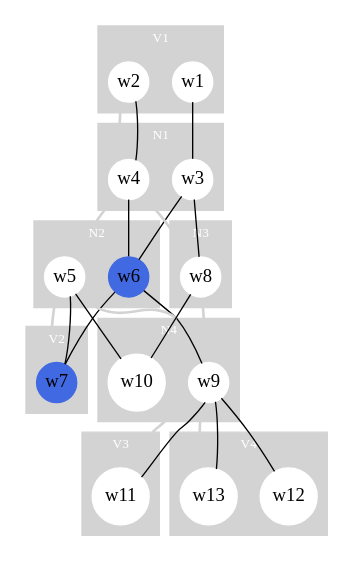
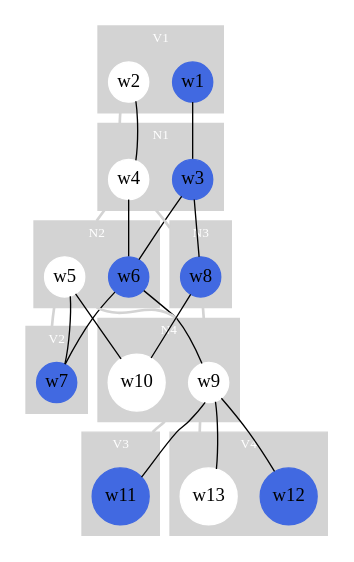
One commit to repairvision/repairvision changed the diagram in plugins/org.sidiff.consistency.graphpattern.sandbox/examples/M003.graph.dot. Above: the diagram before and after it, drawn with Graphviz. The commit also changed 2 other files, not shown here.

```diff
--- a/plugins/org.sidiff.consistency.graphpattern.sandbox/examples/M003.graph.dot
+++ b/plugins/org.sidiff.consistency.graphpattern.sandbox/examples/M003.graph.dot
@@ -1,149 +1,144 @@
 graph M003 {
 
 	compound=true;
 
 	subgraph cluster0 {
 		node [style=filled, shape=circle, color=white, height=0.3, width=0.3, margin=0.0];
 
 		style=filled;
 		color=lightgrey;
 
 		fontcolor=white;
 		fontname=bold;
 		fontsize=10;
 
 		label="V1";
 
-		w1;
-		w2;
+		w1 [color=royalblue];		w2;
 	}
 
 	subgraph cluster1 {
 		node [style=filled, shape=circle, color=white, height=0.3, width=0.3, margin=0.0];
 
 		style=filled;
 		color=lightgrey;
 
 		fontcolor=white;
 		fontname=bold;
 		fontsize=10;
 
 		label="N1";
 
-		w3;
-		w4;
+		w3 [color=royalblue];		w4;
 	}
 
 	subgraph cluster2 {
 		node [style=filled, shape=circle, color=white, height=0.3, width=0.3, margin=0.0];
 
 		style=filled;
 		color=lightgrey;
 
 		fontcolor=white;
 		fontname=bold;
 		fontsize=10;
 
 		label="N2";
 
 		w6 [color=royalblue];		w5;
 	}
 
 	subgraph cluster3 {
 		node [style=filled, shape=circle, color=white, height=0.3, width=0.3, margin=0.0];
 
 		style=filled;
 		color=lightgrey;
 
 		fontcolor=white;
 		fontname=bold;
 		fontsize=10;
 
 		label="V2";
 
 		w7 [color=royalblue];	}
 
 	subgraph cluster4 {
 		node [style=filled, shape=circle, color=white, height=0.3, width=0.3, margin=0.0];
 
 		style=filled;
 		color=lightgrey;
 
 		fontcolor=white;
 		fontname=bold;
 		fontsize=10;
 
 		label="N4";
 
 		w10;
 		w9;
 	}
 
 	subgraph cluster5 {
 		node [style=filled, shape=circle, color=white, height=0.3, width=0.3, margin=0.0];
 
 		style=filled;
 		color=lightgrey;
 
 		fontcolor=white;
 		fontname=bold;
 		fontsize=10;
 
 		label="N3";
 
-		w8;
-	}
+		w8 [color=royalblue];	}
 
 	subgraph cluster6 {
 		node [style=filled, shape=circle, color=white, height=0.3, width=0.3, margin=0.0];
 
 		style=filled;
 		color=lightgrey;
 
 		fontcolor=white;
 		fontname=bold;
 		fontsize=10;
 
 		label="V3";
 
-		w11;
-	}
+		w11 [color=royalblue];	}
 
 	subgraph cluster7 {
 		node [style=filled, shape=circle, color=white, height=0.3, width=0.3, margin=0.0];
 
 		style=filled;
 		color=lightgrey;
 
 		fontcolor=white;
 		fontname=bold;
 		fontsize=10;
 
 		label="V4";
 
-		w12;
-		w13;
+		w12 [color=royalblue];		w13;
 	}
 
 	w2 -- w4 [ltail=cluster0, lhead=cluster1, penwidth=2, color=lightgrey];
 	w4 -- w5 [ltail=cluster1, lhead=cluster2, penwidth=2, color=lightgrey];
 	w4 -- w8 [ltail=cluster1, lhead=cluster5, penwidth=2, color=lightgrey];
 	w5 -- w7 [ltail=cluster2, lhead=cluster3, penwidth=2, color=lightgrey];
 	w5 -- w9 [ltail=cluster2, lhead=cluster4, penwidth=2, color=lightgrey];
 	w9 -- w8 [ltail=cluster4, lhead=cluster5, penwidth=2, color=lightgrey];
 	w9 -- w11 [ltail=cluster4, lhead=cluster6, penwidth=2, color=lightgrey];
 	w9 -- w13 [ltail=cluster4, lhead=cluster7, penwidth=2, color=lightgrey];
 	w1 -- w3;
 	w3 -- w6;
 	w3 -- w8;
 	w2 -- w4;
 	w4 -- w6;
 	w6 -- w7;
 	w6 -- w9;
 	w8 -- w10;
 	w5 -- w7;
 	w5 -- w10;
 	w9 -- w11;
 	w9 -- w12;
 	w9 -- w13;
 }
```
